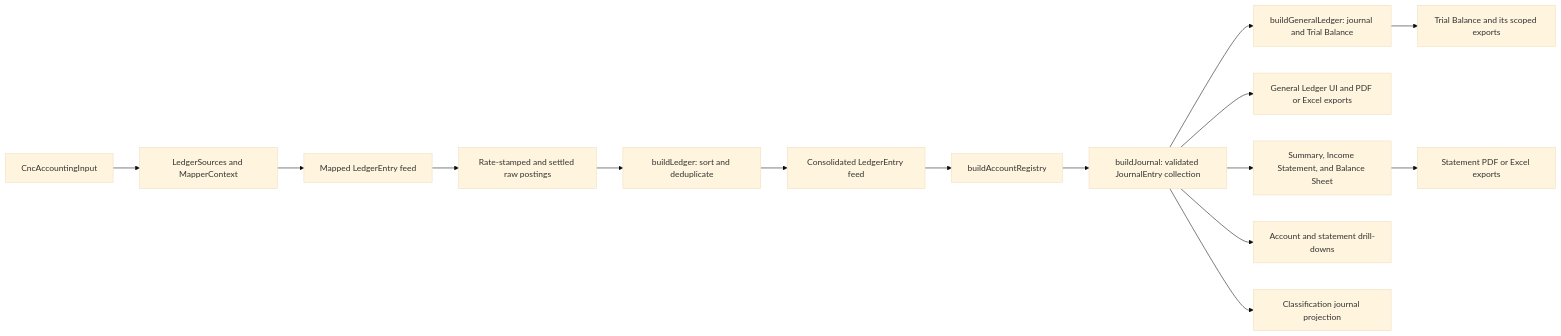
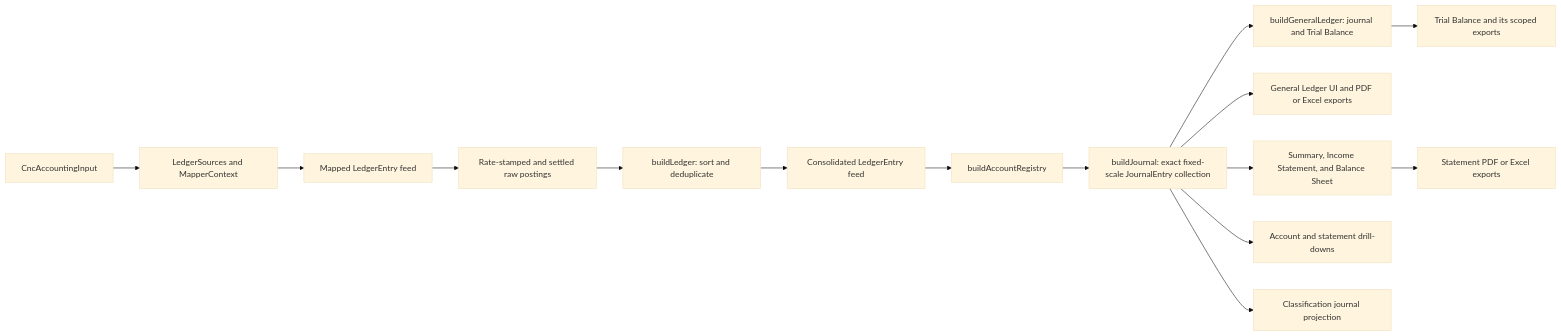
Before and after one commit to globe-and-citizen/cnc-portal: the second of 5 diagrams in docs/implementation/accounting-read-model/README.md, drawn with Mermaid (base theme). The commit also changed other lines of this file and 2 other files, not shown here.

Commit message:
docs: 📝 document exact accounting precision

````diff
--- a/docs/implementation/accounting-read-model/README.md
+++ b/docs/implementation/accounting-read-model/README.md
@@ -53,17 +53,17 @@
 ```mermaid
 flowchart LR
     input[CncAccountingInput] --> context[LedgerSources and MapperContext]
     context --> mapped[Mapped LedgerEntry feed]
     mapped --> raw[Rate-stamped and settled raw postings]
     raw --> ledger[buildLedger: sort and deduplicate]
     ledger --> entries[Consolidated LedgerEntry feed]
     entries --> registry[buildAccountRegistry]
-    registry --> journal[buildJournal: validated JournalEntry collection]
+    registry --> journal[buildJournal: exact fixed-scale JournalEntry collection]
     journal --> trial[buildGeneralLedger: journal and Trial Balance]
     journal --> generalLedgerUi[General Ledger UI and PDF or Excel exports]
     journal --> statements[Summary, Income Statement, and Balance Sheet]
     statements --> statementExports[Statement PDF or Excel exports]
     journal --> drilldowns[Account and statement drill-downs]
     journal --> classification[Classification journal projection]
     trial --> trialCard[Trial Balance and its scoped exports]
 ```
````
